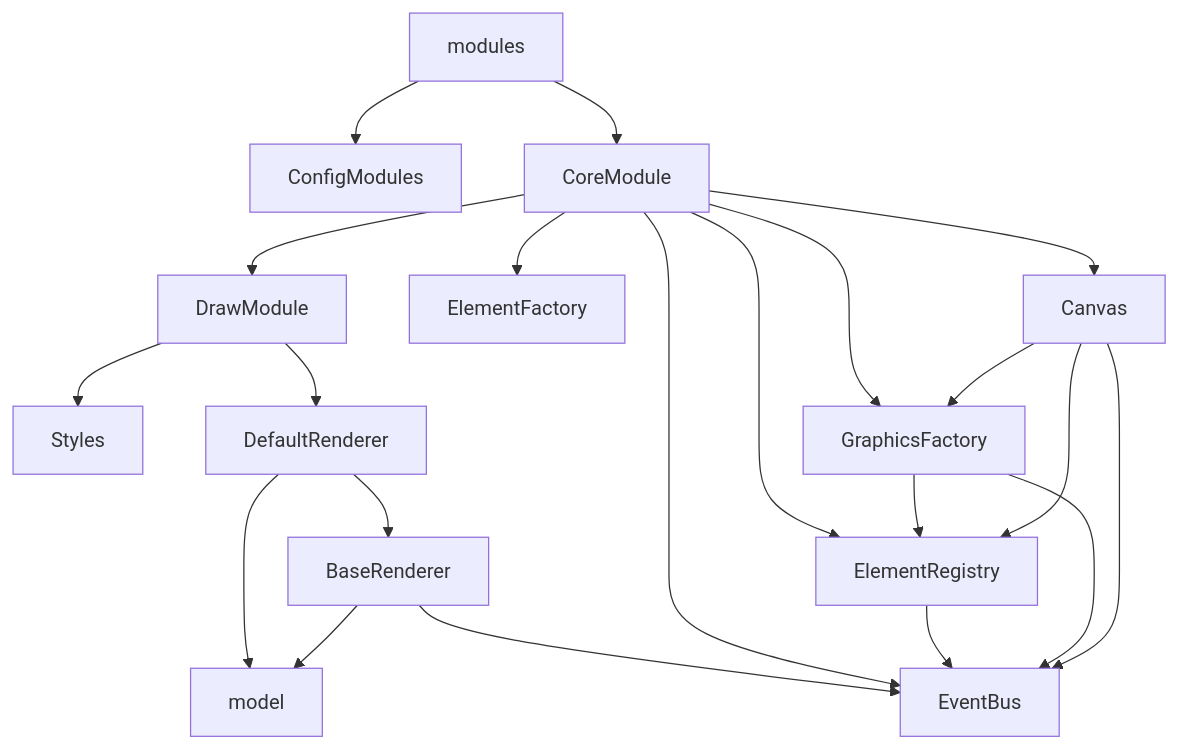
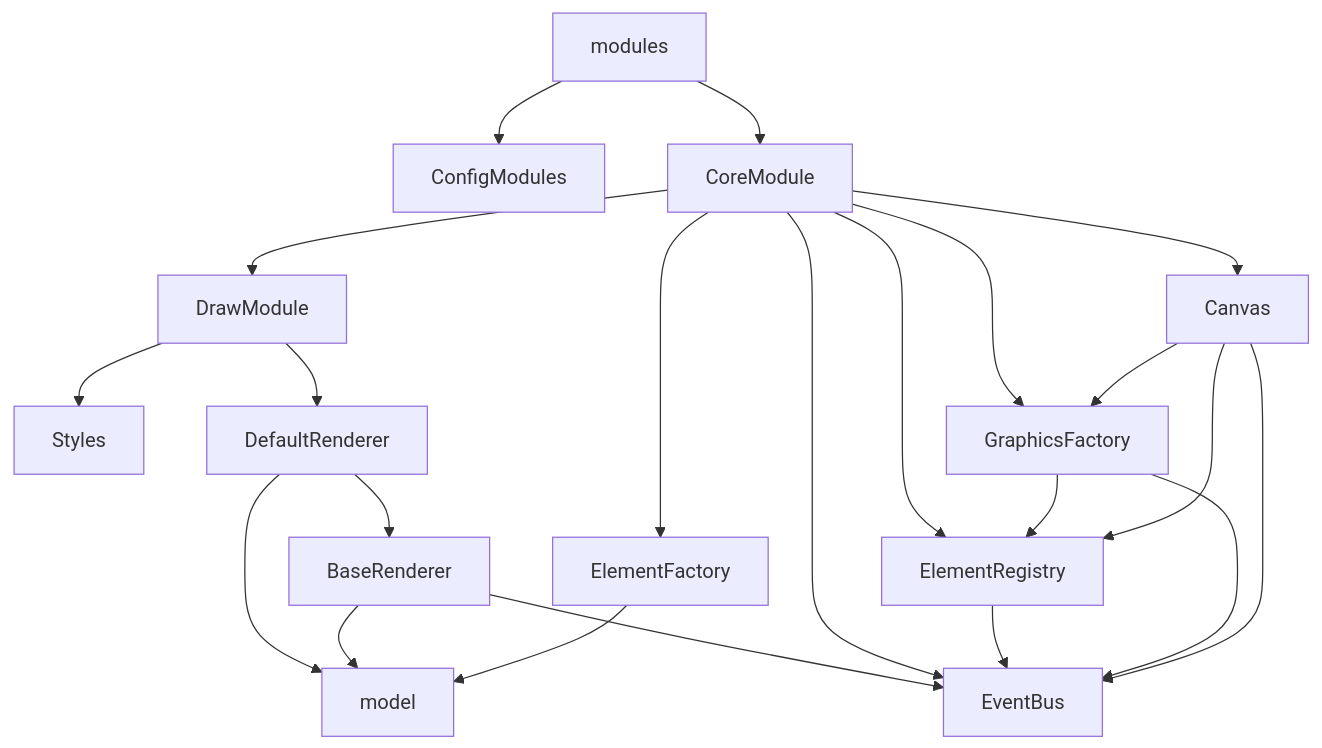
One commit to YuJianghao/bpmn-js-doc changed the diagram in docs/diagram-js/index.md. Above: the diagram before and after it, drawn with Mermaid. The commit also changed 1 other file, not shown here.

Commit message:
chore: 目录

````diff
--- a/docs/diagram-js/index.md
+++ b/docs/diagram-js/index.md
@@ -70,23 +70,24 @@
 ```mermaid
 graph TD;
     modules-->ConfigModules;
     modules-->CoreModule;
     CoreModule-->DrawModule;
     DrawModule-->Styles;
     DrawModule-->DefaultRenderer;
     DefaultRenderer-->BaseRenderer;
     DefaultRenderer-->model;
     BaseRenderer-->model;
     BaseRenderer-->EventBus;
     CoreModule-->EventBus;
     CoreModule-->ElementFactory;
     CoreModule-->ElementRegistry;
     CoreModule-->GraphicsFactory;
     CoreModule-->Canvas;
     ElementRegistry-->EventBus;
     GraphicsFactory-->EventBus;
     GraphicsFactory-->ElementRegistry;
     Canvas-->EventBus;
     Canvas-->GraphicsFactory;
     Canvas-->ElementRegistry;
+    ElementFactory-->model;
 ```
````
